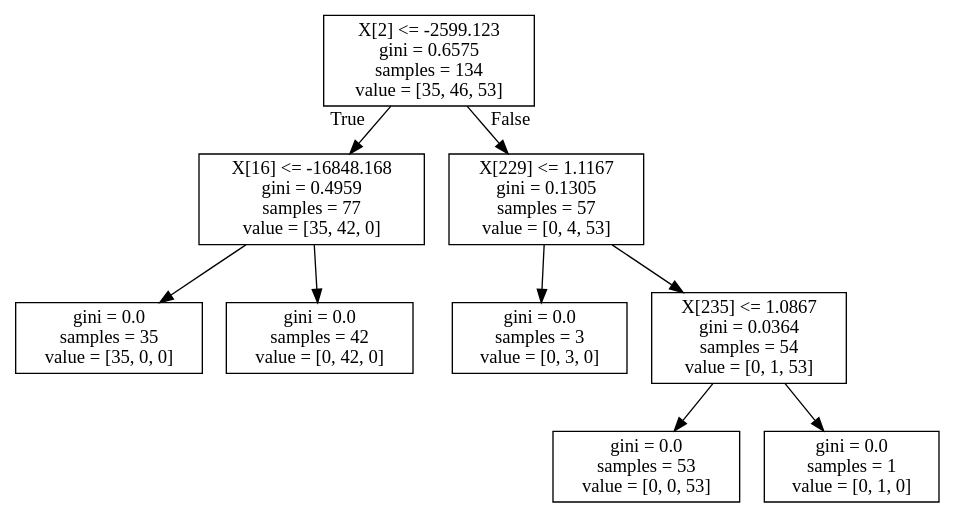
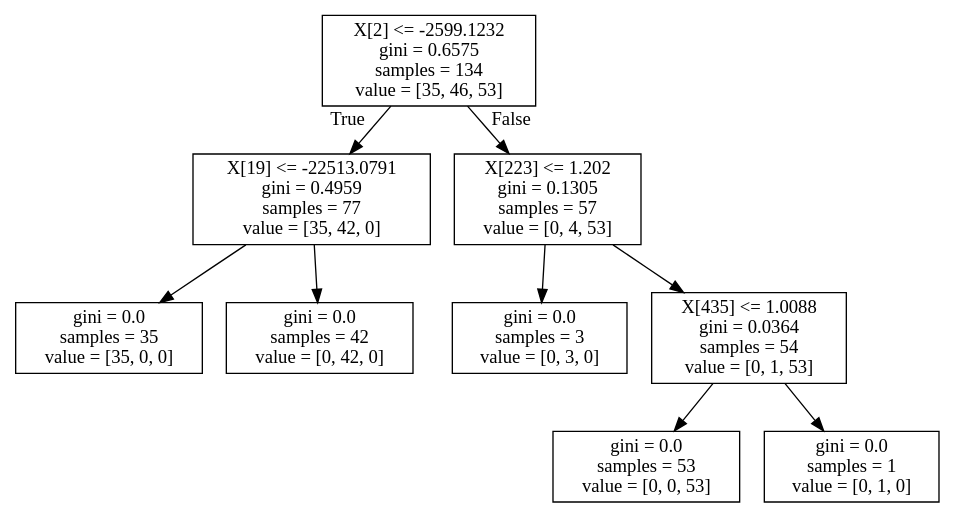
Before and after one commit to dog-vocalization/dog-vocalization: the diagram in image_files/tree.dot, drawn with Graphviz. The commit also changed 1 other file, not shown here.

```diff
--- a/image_files/tree.dot
+++ b/image_files/tree.dot
@@ -1,20 +1,20 @@
 digraph Tree {
 node [shape=box] ;
-0 [label="X[2] <= -2599.123\ngini = 0.6575\nsamples = 134\nvalue = [35, 46, 53]"] ;
-1 [label="X[16] <= -16848.168\ngini = 0.4959\nsamples = 77\nvalue = [35, 42, 0]"] ;
+0 [label="X[2] <= -2599.1232\ngini = 0.6575\nsamples = 134\nvalue = [35, 46, 53]"] ;
+1 [label="X[19] <= -22513.0791\ngini = 0.4959\nsamples = 77\nvalue = [35, 42, 0]"] ;
 0 -> 1 [labeldistance=2.5, labelangle=45, headlabel="True"] ;
 2 [label="gini = 0.0\nsamples = 35\nvalue = [35, 0, 0]"] ;
 1 -> 2 ;
 3 [label="gini = 0.0\nsamples = 42\nvalue = [0, 42, 0]"] ;
 1 -> 3 ;
-4 [label="X[229] <= 1.1167\ngini = 0.1305\nsamples = 57\nvalue = [0, 4, 53]"] ;
+4 [label="X[223] <= 1.202\ngini = 0.1305\nsamples = 57\nvalue = [0, 4, 53]"] ;
 0 -> 4 [labeldistance=2.5, labelangle=-45, headlabel="False"] ;
 5 [label="gini = 0.0\nsamples = 3\nvalue = [0, 3, 0]"] ;
 4 -> 5 ;
-6 [label="X[235] <= 1.0867\ngini = 0.0364\nsamples = 54\nvalue = [0, 1, 53]"] ;
+6 [label="X[435] <= 1.0088\ngini = 0.0364\nsamples = 54\nvalue = [0, 1, 53]"] ;
 4 -> 6 ;
 7 [label="gini = 0.0\nsamples = 53\nvalue = [0, 0, 53]"] ;
 6 -> 7 ;
 8 [label="gini = 0.0\nsamples = 1\nvalue = [0, 1, 0]"] ;
 6 -> 8 ;
 }
```
